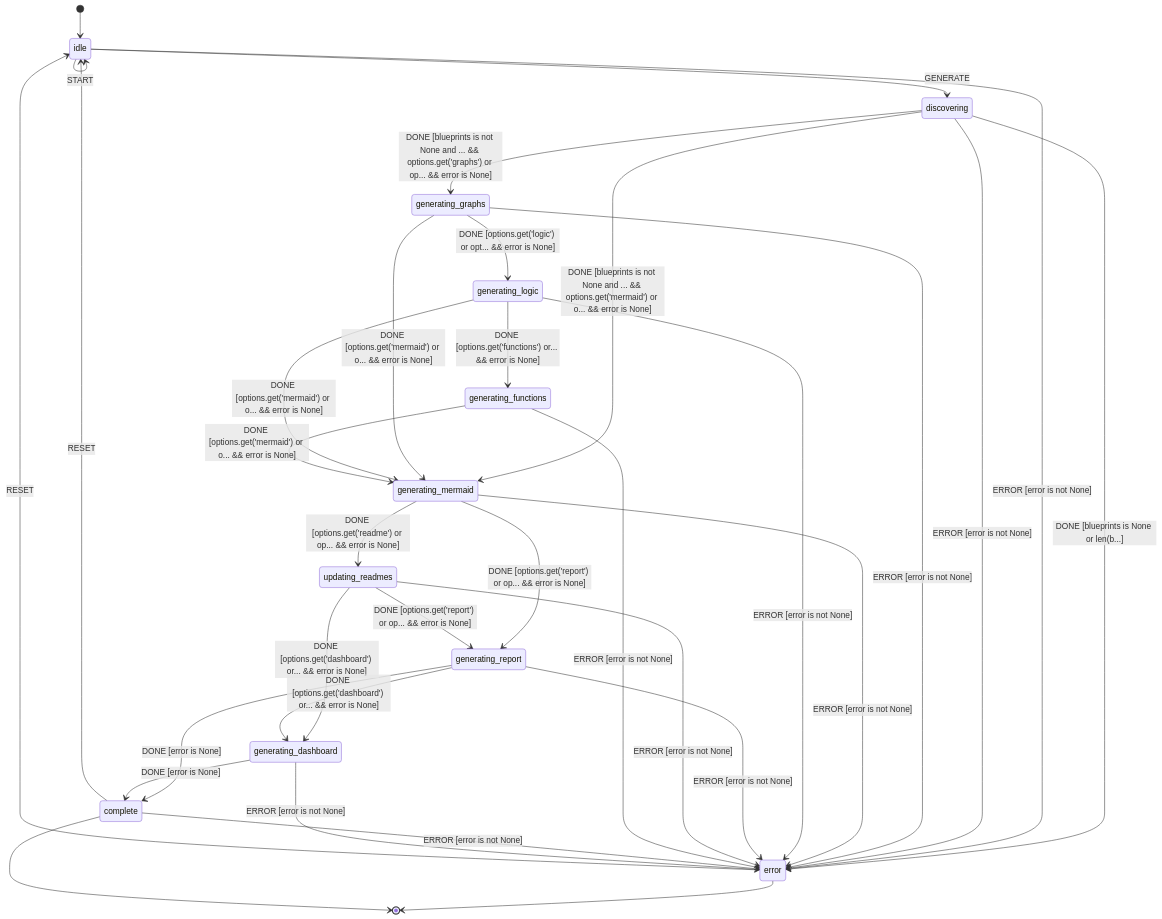
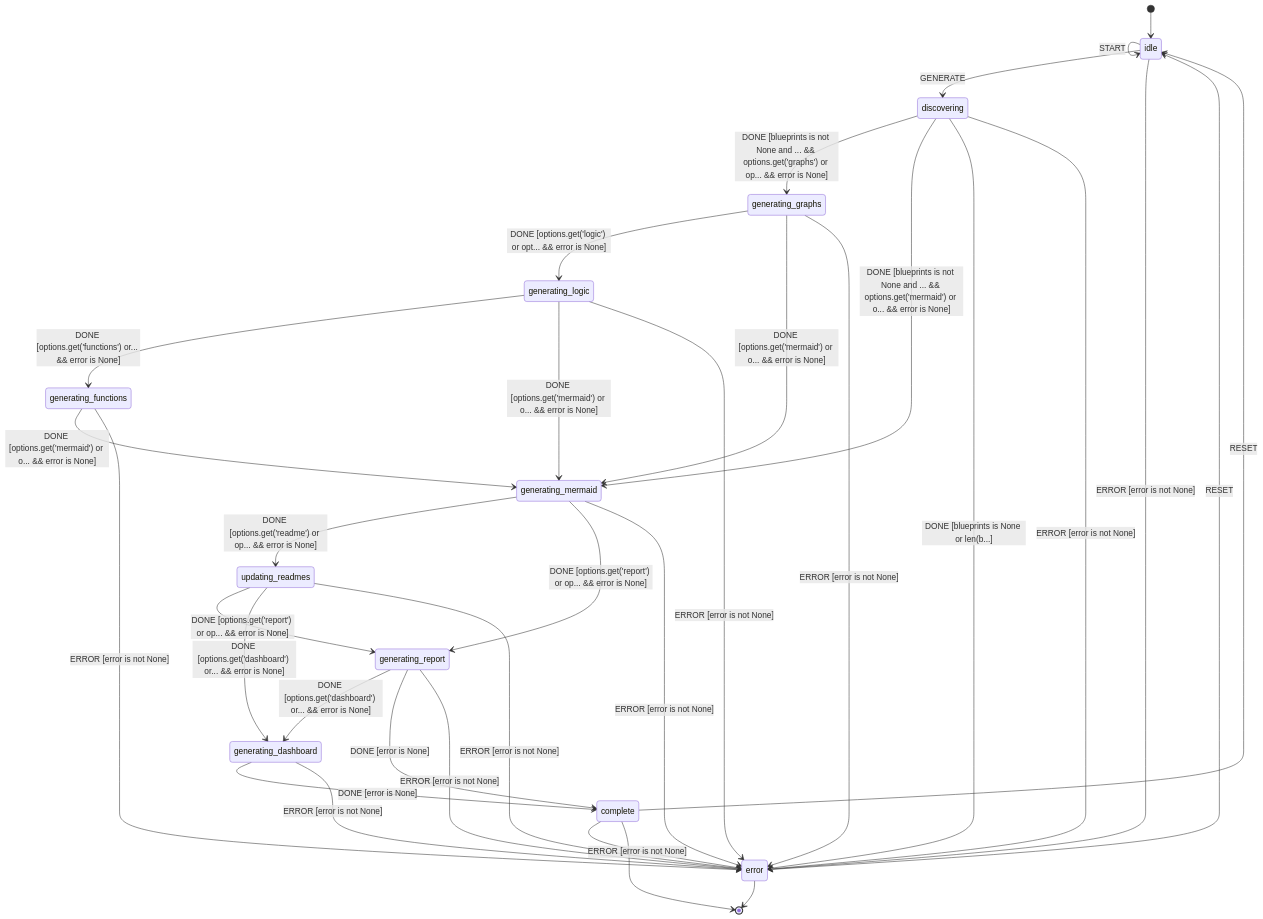
One commit to rhCat/lpp changed the diagram in utils/doc_generator/results/doc_generator_simple.mmd. Above: the diagram before and after it, drawn with Mermaid. The commit also changed other lines of this file and 38 other files, not shown here.

Commit message:
feat: updating the function graph to allow selection and viewting

```diff
--- a/utils/doc_generator/results/doc_generator_simple.mmd
+++ b/utils/doc_generator/results/doc_generator_simple.mmd
@@ -1,34 +1,34 @@
 stateDiagram-v2
     %% L++ State Diagram: Documentation Generator
     [*] --> idle
     idle --> idle : START
     idle --> discovering : GENERATE
     discovering --> generating_graphs : DONE [blueprints is not None and ... && options.get('graphs') or op... && error is None]
     discovering --> generating_mermaid : DONE [blueprints is not None and ... && options.get('mermaid') or o... && error is None]
     discovering --> error : DONE [blueprints is None or len(b...]
     generating_graphs --> generating_logic : DONE [options.get('logic') or opt... && error is None]
     generating_graphs --> generating_mermaid : DONE [options.get('mermaid') or o... && error is None]
     generating_logic --> generating_functions : DONE [options.get('functions') or... && error is None]
     generating_logic --> generating_mermaid : DONE [options.get('mermaid') or o... && error is None]
     generating_functions --> generating_mermaid : DONE [options.get('mermaid') or o... && error is None]
     generating_mermaid --> updating_readmes : DONE [options.get('readme') or op... && error is None]
     generating_mermaid --> generating_report : DONE [options.get('report') or op... && error is None]
     updating_readmes --> generating_report : DONE [options.get('report') or op... && error is None]
     updating_readmes --> generating_dashboard : DONE [options.get('dashboard') or... && error is None]
     generating_report --> generating_dashboard : DONE [options.get('dashboard') or... && error is None]
     generating_report --> complete : DONE [error is None]
     generating_dashboard --> complete : DONE [error is None]
     idle --> error : ERROR [error is not None]
     discovering --> error : ERROR [error is not None]
     generating_graphs --> error : ERROR [error is not None]
     generating_mermaid --> error : ERROR [error is not None]
     generating_logic --> error : ERROR [error is not None]
     generating_report --> error : ERROR [error is not None]
     updating_readmes --> error : ERROR [error is not None]
     generating_functions --> error : ERROR [error is not None]
     complete --> error : ERROR [error is not None]
     generating_dashboard --> error : ERROR [error is not None]
     error --> idle : RESET
     complete --> idle : RESET
+    complete --> [*]
     error --> [*]
-    complete --> [*]
```
